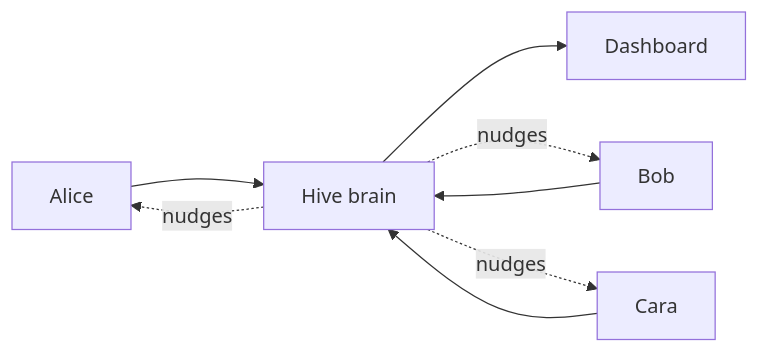
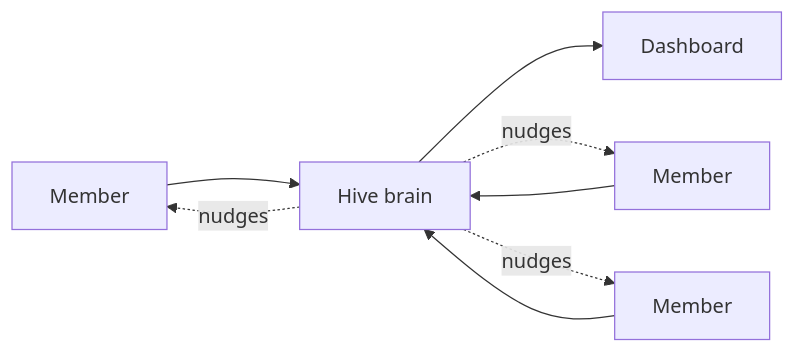
Before and after one commit to katipally/Hive: the first of 2 diagrams in README.md, drawn with Mermaid. The commit also changed other lines of this file and 6 other files, not shown here.

First line of the commit message:
docs: rewrite for the product — empty-boot flow, no demo mode

````diff
--- a/README.md
+++ b/README.md
@@ -18,10 +19,10 @@
 ```mermaid
 flowchart LR
-  A[Alice] --> H[Hive brain]
-  B[Bob] --> H
-  C[Cara] --> H
+  A[Member] --> H[Hive brain]
+  B[Member] --> H
+  C[Member] --> H
   H --> D[Dashboard]
   H -.->|nudges| A
   H -.->|nudges| B
   H -.->|nudges| C
 ```
````
